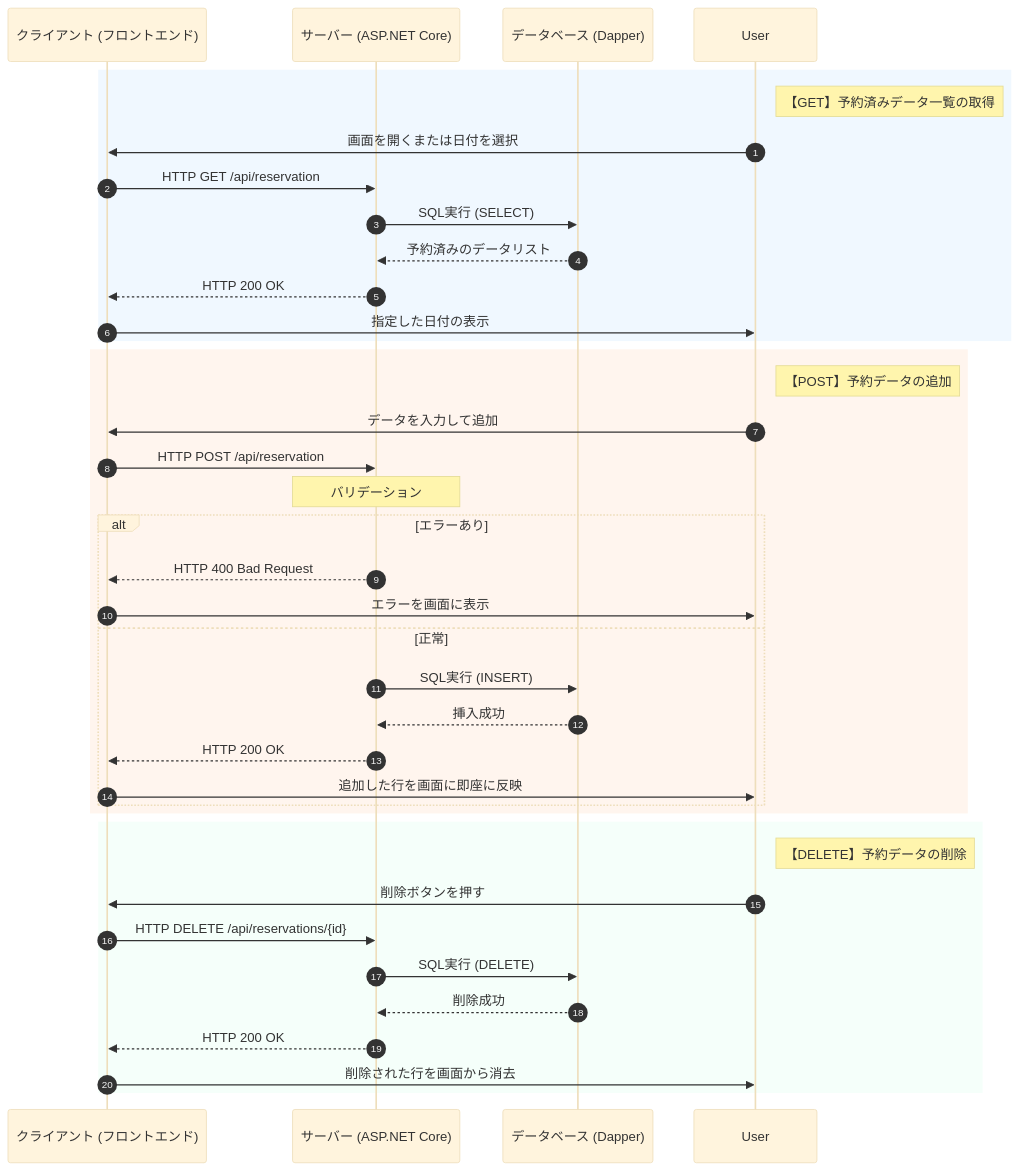
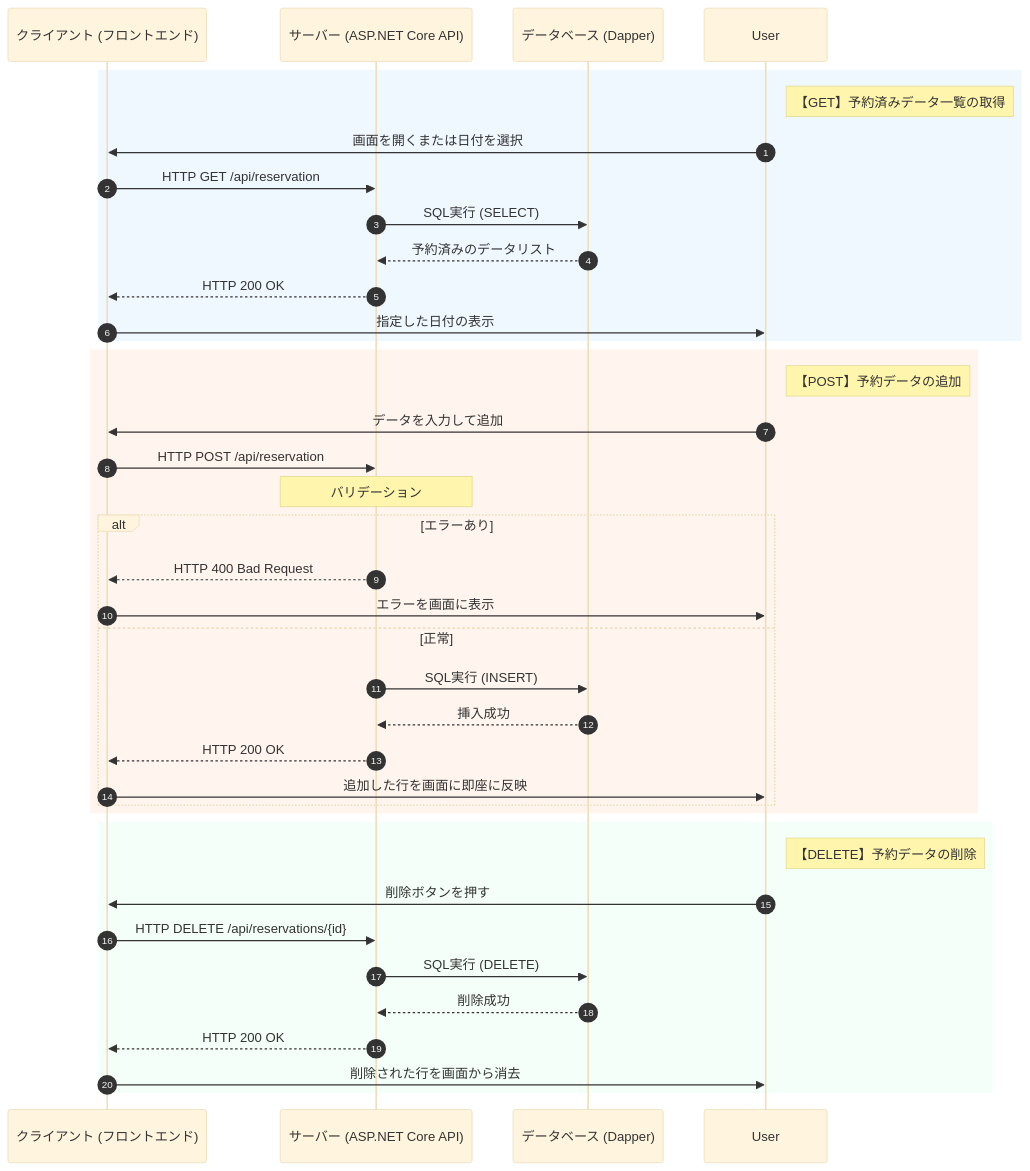
Before and after one commit to hosotanik/Term2Team4: the diagram in README.md, drawn with Mermaid (base theme).

````diff
--- a/README.md
+++ b/README.md
@@ -17,43 +17,43 @@
 ```mermaid
 sequenceDiagram
     autonumber
     participant Client as クライアント (フロントエンド)
-    participant Server as サーバー (ASP.NET Core)
+    participant Server as サーバー (ASP.NET Core API)
     participant DB as データベース (Dapper)
 
     rect rgb(240, 248, 255)
         note right of User: 【GET】予約済みデータ一覧の取得
         User->>Client: 画面を開くまたは日付を選択
         Client->>Server: HTTP GET /api/reservation
         Server->>DB: SQL実行 (SELECT)
         DB-->>Server: 予約済みのデータリスト
         Server-->>Client: HTTP 200 OK
         Client->>User: 指定した日付の表示
     end
 
     rect rgb(255, 245, 238)
         note right of User: 【POST】予約データの追加
         User->>Client: データを入力して追加
         Client->>Server: HTTP POST /api/reservation
         note over Server: バリデーション
         alt エラーあり
             Server-->>Client: HTTP 400 Bad Request
             Client->>User: エラーを画面に表示
         else 正常
             Server->>DB: SQL実行 (INSERT)
             DB-->>Server: 挿入成功
             Server-->>Client: HTTP 200 OK
             Client->>User: 追加した行を画面に即座に反映
         end
     end
 
     rect rgb(245, 255, 250)
         note right of User: 【DELETE】予約データの削除
         User->>Client: 削除ボタンを押す
         Client->>Server: HTTP DELETE /api/reservations/{id}
         Server->>DB: SQL実行 (DELETE)
         DB-->>Server: 削除成功
         Server-->>Client: HTTP 200 OK
         Client->>User: 削除された行を画面から消去
     end
 ```
````
